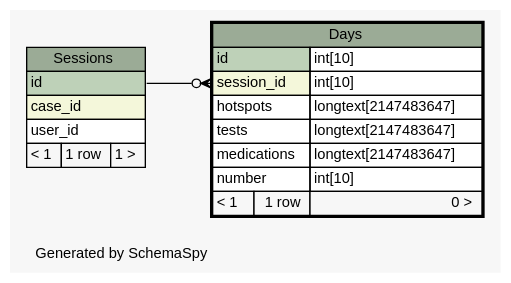
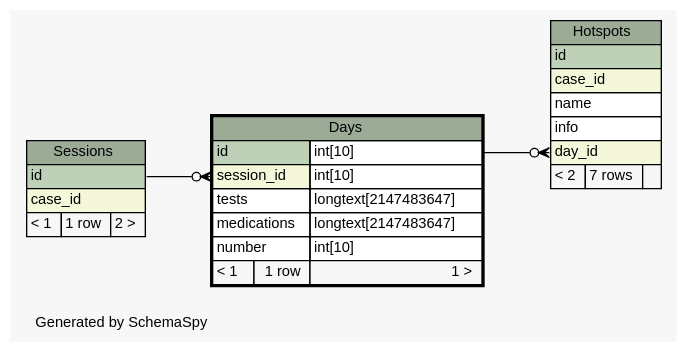
The diagram in web/files/schema/diagrams/Days.1degree.dot (carrel2/CaseStudies), drawn with Graphviz before and after one commit. The commit also changed 87 other files, not shown here.

Commit message:
More work on database schema

```diff
--- a/web/files/schema/diagrams/Days.1degree.dot
+++ b/web/files/schema/diagrams/Days.1degree.dot
@@ -1,50 +1,63 @@
 // dot 2.38.0 on Linux 4.4.0-59-generic
 // SchemaSpy rev 590
 digraph "oneDegreeRelationshipsDiagram" {
   graph [
     rankdir="RL"
     bgcolor="#f7f7f7"
     label="\nGenerated by SchemaSpy"
     labeljust="l"
     nodesep="0.18"
     ranksep="0.46"
     fontname="Helvetica"
     fontsize="11"
   ];
   node [
     fontname="Helvetica"
     fontsize="11"
     shape="plaintext"
   ];
   edge [
     arrowsize="0.8"
   ];
   "Days":"session_id":w -> "Sessions":"id":e [arrowhead=none dir=back arrowtail=crowodot];
+  "Hotspots":"day_id":w -> "Days":"id.type":e [arrowhead=none dir=back arrowtail=crowodot];
   "Days" [
     label=<
     <TABLE BORDER="2" CELLBORDER="1" CELLSPACING="0" BGCOLOR="#ffffff">
       <TR><TD COLSPAN="3" BGCOLOR="#9bab96" ALIGN="CENTER">Days</TD></TR>
       <TR><TD PORT="id" COLSPAN="2" BGCOLOR="#bed1b8" ALIGN="LEFT">id</TD><TD PORT="id.type" ALIGN="LEFT">int[10]</TD></TR>
       <TR><TD PORT="session_id" COLSPAN="2" BGCOLOR="#f4f7da" ALIGN="LEFT">session_id</TD><TD PORT="session_id.type" ALIGN="LEFT">int[10]</TD></TR>
-      <TR><TD PORT="hotspots" COLSPAN="2" ALIGN="LEFT">hotspots</TD><TD PORT="hotspots.type" ALIGN="LEFT">longtext[2147483647]</TD></TR>
       <TR><TD PORT="tests" COLSPAN="2" ALIGN="LEFT">tests</TD><TD PORT="tests.type" ALIGN="LEFT">longtext[2147483647]</TD></TR>
       <TR><TD PORT="medications" COLSPAN="2" ALIGN="LEFT">medications</TD><TD PORT="medications.type" ALIGN="LEFT">longtext[2147483647]</TD></TR>
       <TR><TD PORT="number" COLSPAN="2" ALIGN="LEFT">number</TD><TD PORT="number.type" ALIGN="LEFT">int[10]</TD></TR>
-      <TR><TD ALIGN="LEFT" BGCOLOR="#f7f7f7">&lt; 1</TD><TD ALIGN="RIGHT" BGCOLOR="#f7f7f7">1 row</TD><TD ALIGN="RIGHT" BGCOLOR="#f7f7f7">0 &gt;</TD></TR>
+      <TR><TD ALIGN="LEFT" BGCOLOR="#f7f7f7">&lt; 1</TD><TD ALIGN="RIGHT" BGCOLOR="#f7f7f7">1 row</TD><TD ALIGN="RIGHT" BGCOLOR="#f7f7f7">1 &gt;</TD></TR>
     </TABLE>>
     URL="Days.html"
     tooltip="Days"
+  ];
+  "Hotspots" [
+    label=<
+    <TABLE BORDER="0" CELLBORDER="1" CELLSPACING="0" BGCOLOR="#ffffff">
+      <TR><TD COLSPAN="3" BGCOLOR="#9bab96" ALIGN="CENTER">Hotspots</TD></TR>
+      <TR><TD PORT="id" COLSPAN="3" BGCOLOR="#bed1b8" ALIGN="LEFT">id</TD></TR>
+      <TR><TD PORT="case_id" COLSPAN="3" BGCOLOR="#f4f7da" ALIGN="LEFT">case_id</TD></TR>
+      <TR><TD PORT="name" COLSPAN="3" ALIGN="LEFT">name</TD></TR>
+      <TR><TD PORT="info" COLSPAN="3" ALIGN="LEFT">info</TD></TR>
+      <TR><TD PORT="day_id" COLSPAN="3" BGCOLOR="#f4f7da" ALIGN="LEFT">day_id</TD></TR>
+      <TR><TD ALIGN="LEFT" BGCOLOR="#f7f7f7">&lt; 2</TD><TD ALIGN="RIGHT" BGCOLOR="#f7f7f7">7 rows</TD><TD ALIGN="RIGHT" BGCOLOR="#f7f7f7">  </TD></TR>
+    </TABLE>>
+    URL="Hotspots.html"
+    tooltip="Hotspots"
   ];
   "Sessions" [
     label=<
     <TABLE BORDER="0" CELLBORDER="1" CELLSPACING="0" BGCOLOR="#ffffff">
       <TR><TD COLSPAN="3" BGCOLOR="#9bab96" ALIGN="CENTER">Sessions</TD></TR>
       <TR><TD PORT="id" COLSPAN="3" BGCOLOR="#bed1b8" ALIGN="LEFT">id</TD></TR>
       <TR><TD PORT="case_id" COLSPAN="3" BGCOLOR="#f4f7da" ALIGN="LEFT">case_id</TD></TR>
-      <TR><TD PORT="user_id" COLSPAN="3" ALIGN="LEFT">user_id</TD></TR>
-      <TR><TD ALIGN="LEFT" BGCOLOR="#f7f7f7">&lt; 1</TD><TD ALIGN="RIGHT" BGCOLOR="#f7f7f7">1 row</TD><TD ALIGN="RIGHT" BGCOLOR="#f7f7f7">1 &gt;</TD></TR>
+      <TR><TD ALIGN="LEFT" BGCOLOR="#f7f7f7">&lt; 1</TD><TD ALIGN="RIGHT" BGCOLOR="#f7f7f7">1 row</TD><TD ALIGN="RIGHT" BGCOLOR="#f7f7f7">2 &gt;</TD></TR>
     </TABLE>>
     URL="Sessions.html"
     tooltip="Sessions"
   ];
 }
```
